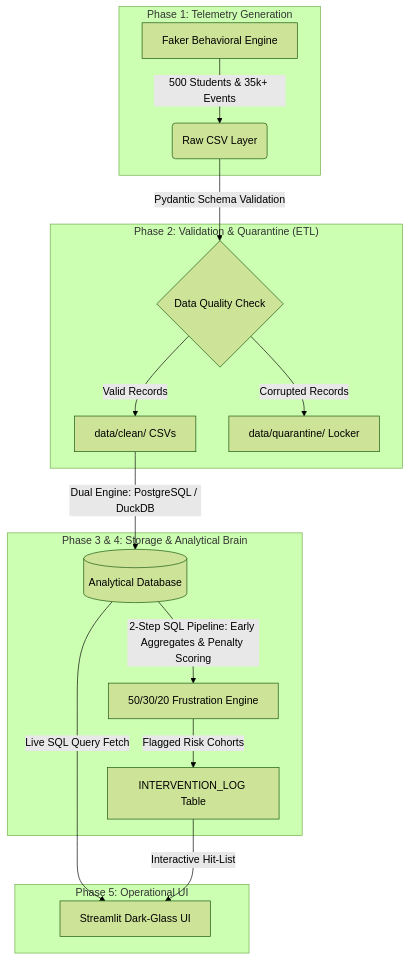
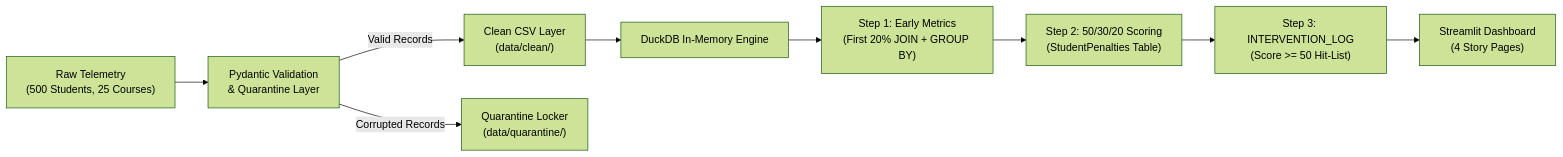
The diagram in README.md (AditiAhuja01/DropGuard-EdTech-Student-Retention-Pipeline), drawn with Mermaid (forest theme) before and after one commit. The commit also changed other lines of this file and 1 other file, not shown here.

Commit message:
docs: rewrite README with problem-solution focus, benchmark table, and Dockerfile

````diff
--- a/README.md
+++ b/README.md
@@ -29,23 +45,11 @@
 ```mermaid
-graph TD
-    subgraph "Phase 1: Telemetry Generation"
-        A[Faker Behavioral Engine] -->|500 Students & 35k+ Events| B(Raw CSV Layer)
-    end
-
-    subgraph "Phase 2: Validation & Quarantine (ETL)"
-        B -->|Pydantic Schema Validation| C{Data Quality Check}
-        C -->|Valid Records| D[data/clean/ CSVs]
-        C -->|Corrupted Records| E[data/quarantine/ Locker]
-    end
-
-    subgraph "Phase 3 & 4: Storage & Analytical Brain"
-        D -->|Dual Engine: PostgreSQL / DuckDB| F[(Analytical Database)]
-        F -->|2-Step SQL Pipeline: Early Aggregates & Penalty Scoring| G[50/30/20 Frustration Engine]
-        G -->|Flagged Risk Cohorts| H[INTERVENTION_LOG Table]
-    end
-
-    subgraph "Phase 5: Operational UI"
-        F -->|Live SQL Query Fetch| I[Streamlit Dark-Glass UI]
-        H -->|Interactive Hit-List| I
-    end
+flowchart LR
+    A["Raw Telemetry<br>(500 Students, 25 Courses)"] --> B["Pydantic Validation<br>& Quarantine Layer"]
+    B -->|Valid Records| C["Clean CSV Layer<br>(data/clean/)"]
+    B -->|Corrupted Records| D["Quarantine Locker<br>(data/quarantine/)"]
+    C --> E["DuckDB In-Memory Engine"]
+    E --> F["Step 1: Early Metrics<br>(First 20% JOIN + GROUP BY)"]
+    F --> G["Step 2: 50/30/20 Scoring<br>(StudentPenalties Table)"]
+    G --> H["Step 3: INTERVENTION_LOG<br>(Score >= 50 Hit-List)"]
+    H --> I["Streamlit Dashboard<br>(4 Story Pages)"]
 ```
````
